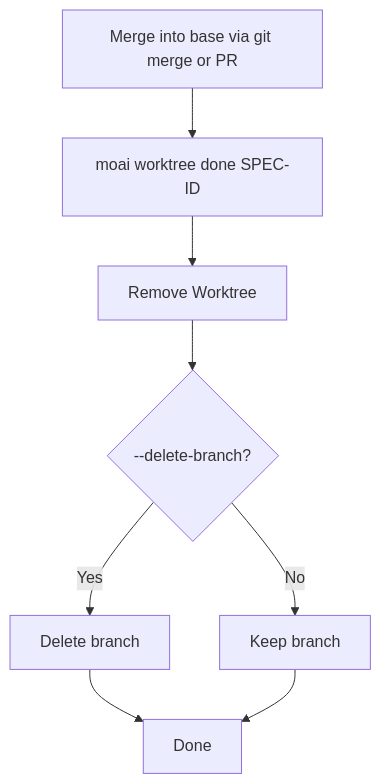
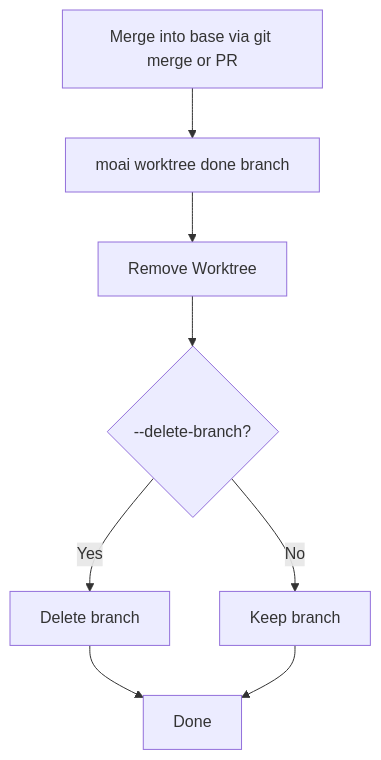
The fifth of 9 diagrams in docs-site/content/en/worktree/faq.md (modu-ai/moai-adk), drawn with Mermaid before and after one commit. The commit also changed other lines of this file and 35 other files, not shown here.

````diff
--- a/docs-site/content/en/worktree/faq.md
+++ b/docs-site/content/en/worktree/faq.md
@@ -220,10 +248,10 @@
 ```mermaid
 flowchart TD
-    A[Merge into base via git merge or PR] --> B[moai worktree done SPEC-ID]
+    A[Merge into base via git merge or PR] --> B[moai worktree done branch]
     B --> C[Remove Worktree]
     C --> D{--delete-branch?}
     D -->|Yes| E[Delete branch]
     D -->|No| F[Keep branch]
     E --> G[Done]
     F --> G[Done]
 ```
````
